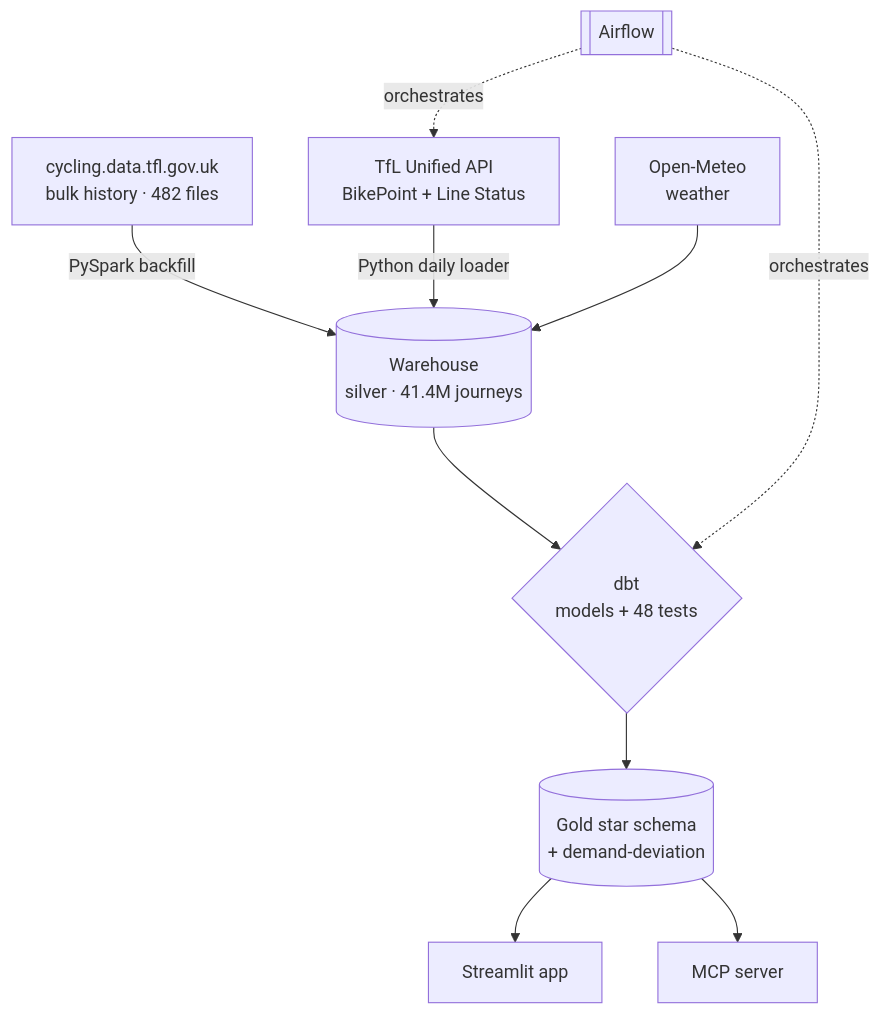
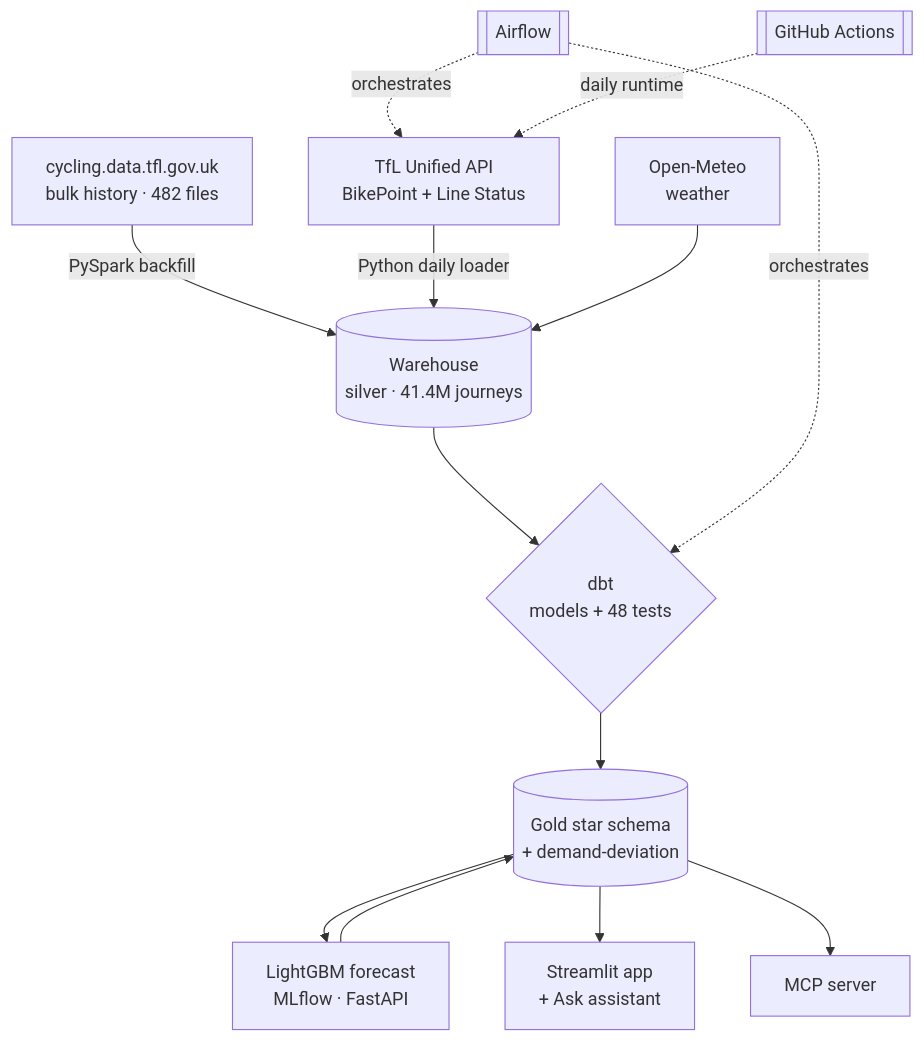
The diagram in README.md (rosscyking1115/tfl-data-engineering), drawn with Mermaid before and after one commit. The commit also changed other lines of this file and 6 other files, not shown here.

````diff
--- a/README.md
+++ b/README.md
@@ -56,12 +71,15 @@
 ```mermaid
 flowchart TD
     A[cycling.data.tfl.gov.uk<br/>bulk history · 482 files] -->|PySpark backfill| S[(Warehouse<br/>silver · 41.4M journeys)]
     API[TfL Unified API<br/>BikePoint + Line Status] -->|Python daily loader| S
     W[Open-Meteo<br/>weather] --> S
     S --> D{dbt<br/>models + 48 tests}
     D --> G[(Gold star schema<br/>+ demand-deviation)]
-    G --> APP[Streamlit app]
+    G --> ML[LightGBM forecast<br/>MLflow · FastAPI]
+    ML --> G
+    G --> APP[Streamlit app<br/>+ Ask assistant]
     G --> MCP[MCP server]
     AF[[Airflow]] -.orchestrates.-> API
     AF -.orchestrates.-> D
+    GH[[GitHub Actions]] -.daily runtime.-> API
 ```
````
